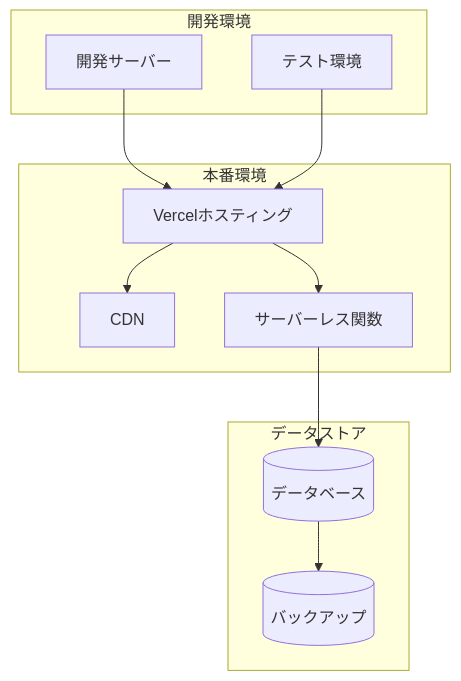
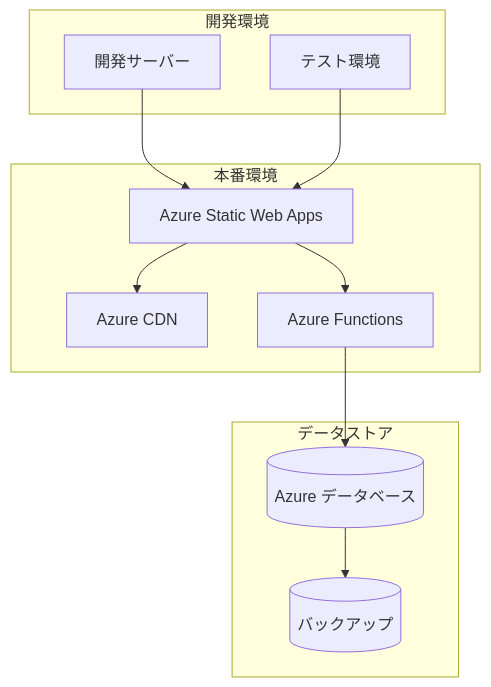
One commit to akhayash/copilot-code-sample changed the fourth of 4 diagrams in docs/system-architecture.md. Above: the diagram before and after it, drawn with Mermaid. The commit also changed 3 other files, not shown here.

First line of the commit message:
ドキュメント更新: Azure Static Web Apps・Functions対応 (#13)

````diff
--- a/docs/system-architecture.md
+++ b/docs/system-architecture.md
@@ -109,25 +109,25 @@
 ```mermaid
 graph TD
   subgraph "開発環境"
     Dev[開発サーバー]
     Tests[テスト環境]
   end
 
   subgraph "本番環境"
-    CDN[CDN]
-    Vercel[Vercelホスティング]
-    ServerlessAPI[サーバーレス関数]
+    CDN[Azure CDN]
+    AzureStaticWeb[Azure Static Web Apps]
+    AzureFunctions[Azure Functions]
   end
 
   subgraph "データストア"
-    DB[(データベース)]
+    DB[(Azure データベース)]
     Backup[(バックアップ)]
   end
 
-  Dev --> Vercel
-  Tests --> Vercel
-  Vercel --> CDN
-  Vercel --> ServerlessAPI
-  ServerlessAPI --> DB
+  Dev --> AzureStaticWeb
+  Tests --> AzureStaticWeb
+  AzureStaticWeb --> CDN
+  AzureStaticWeb --> AzureFunctions
+  AzureFunctions --> DB
   DB --> Backup
 ```
````
